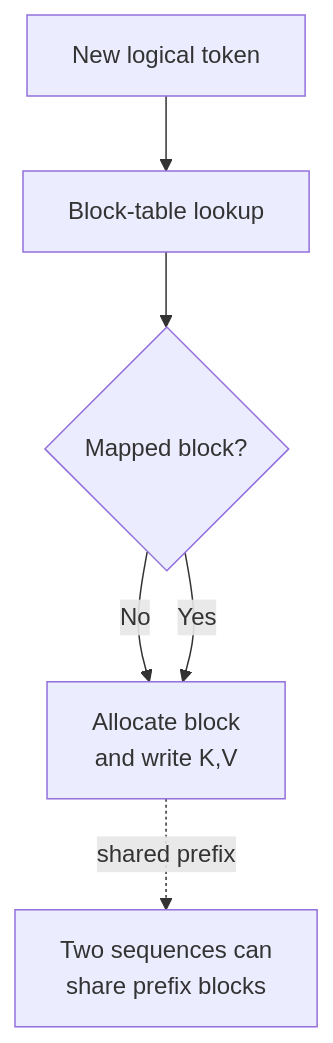
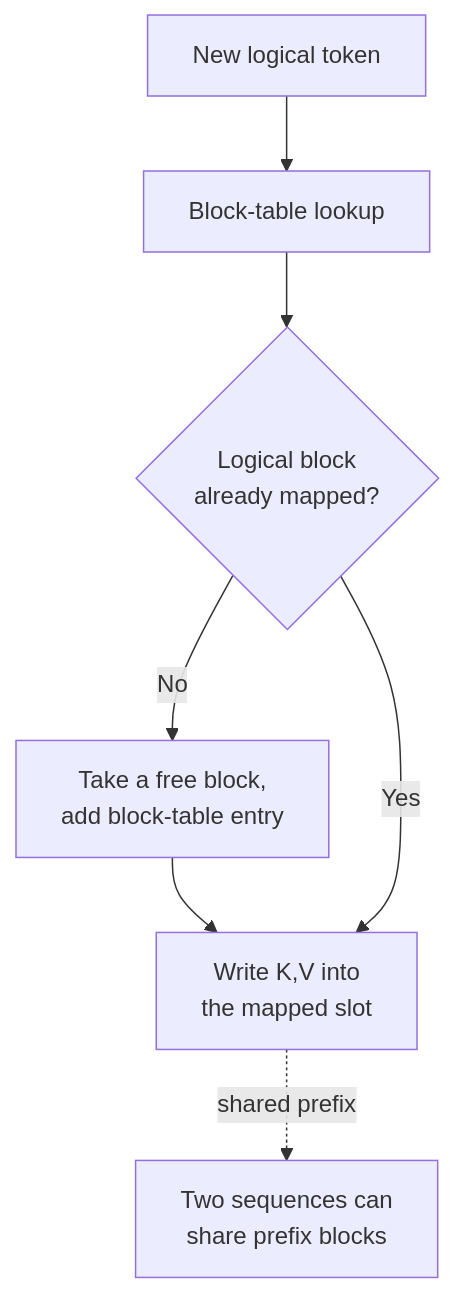
The diagram in walk-the-code/diagrams/paged_virtual.mmd (danilop/micro-gpt-and-beyond), drawn with Mermaid before and after one commit.

Commit message:
Diagram: fix paged_virtual, where both branches allocated a block
    alloc_p -->|No| write[Allocate block and write K,V]
    alloc_p -->|Yes| write

Both branches of the decision pointed at the same "Allocate block" step, so the
diagram taught that an already-mapped block gets allocated again -- the opposite
of demand paging, in the lab whose entire subject is demand paging.

Allocation now sits on the No branch only. Every original node id is preserved
so lab 21's annotations still resolve.

Claude-Session: https://claude.ai/code/session_01WAUjybj1V1sher8f3PCWLd

```diff
--- a/walk-the-code/diagrams/paged_virtual.mmd
+++ b/walk-the-code/diagrams/paged_virtual.mmd
@@ -1,7 +1,7 @@
 graph TD
-    req[New logical token]
-    req --> lookup[Block-table lookup]
-    lookup --> alloc_p{Mapped block?}
-    alloc_p -->|No| write[Allocate block<br/>and write K,V]
+    req[New logical token] --> lookup[Block-table lookup]
+    lookup --> alloc_p{Logical block<br/>already mapped?}
+    alloc_p -->|No| alloc_new[Take a free block,<br/>add block-table entry]
+    alloc_new --> write[Write K,V into<br/>the mapped slot]
     alloc_p -->|Yes| write
     write -. shared prefix .-> share[Two sequences can<br/>share prefix blocks]
```
